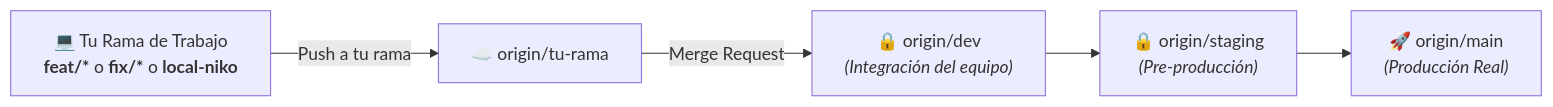
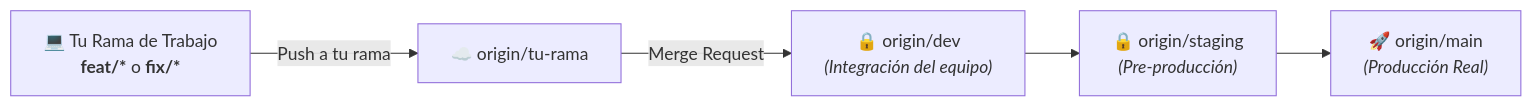
Before and after one commit to marioscience/tommy-h: the second of 2 diagrams in README.md, drawn with Mermaid. The commit also changed other lines of this file and 3 other files, not shown here.

````diff
--- a/README.md
+++ b/README.md
@@ -298,7 +297,7 @@
 ```mermaid
 flowchart LR
-    DevBranch["💻 Tu Rama de Trabajo<br/><b>feat/*</b> o <b>fix/*</b> o <b>local-niko</b>"] -->|Push a tu rama| RemoteBranch["☁️ origin/tu-rama"]
+    DevBranch["💻 Tu Rama de Trabajo<br/><b>feat/*</b> o <b>fix/*</b>"] -->|Push a tu rama| RemoteBranch["☁️ origin/tu-rama"]
     RemoteBranch -->|Merge Request| Dev["🔒 origin/dev<br/><i>(Integración del equipo)</i>"]
     Dev --> Staging["🔒 origin/staging<br/><i>(Pre-producción)</i>"]
     Staging --> Main["🚀 origin/main<br/><i>(Producción Real)</i>"]
 ```
````
